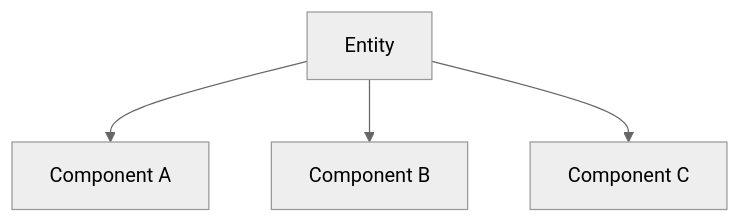
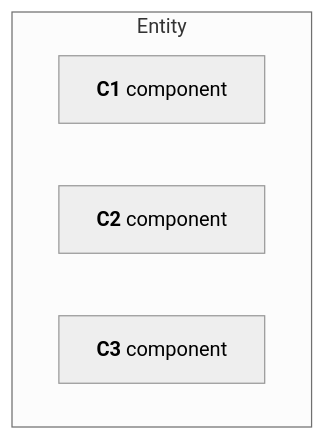
The third of 4 diagrams in README.md (andywiecko/ECS), drawn with Mermaid before and after one commit. The commit also changed other lines of this file, not shown here.

````diff
--- a/README.md
+++ b/README.md
@@ -88,10 +103,11 @@
 ```mermaid
 %%{init: {"theme": "neutral", "flowchart": { "useMaxwidth": false}}}%%
 
 graph TB
-
-e[Entity] --> c1[Component A];
-e --> c2[Component B];
-e --> c3[Component C];
+subgraph Entity
+    c1[<b>C1</b> component];
+    c2[<b>C2</b> component];
+    c3[<b>C3</b> component];
+end
 
 ```
````
